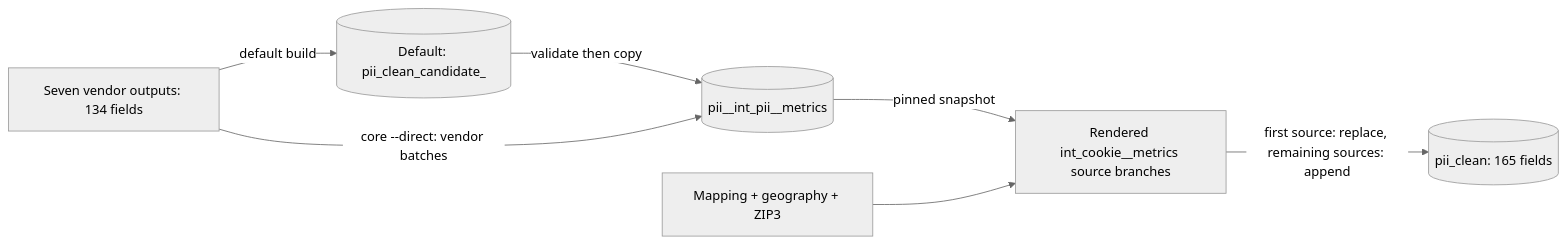
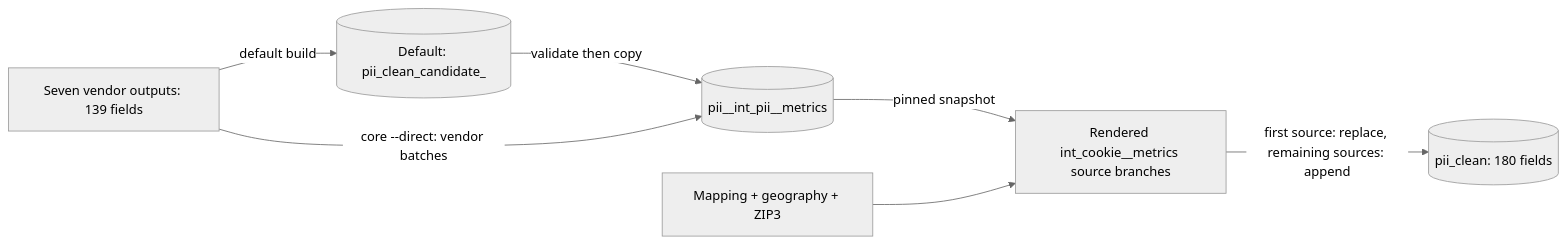
Before and after one commit to pp-jteixeira/nscreen-identity-resolution: the third of 3 diagrams in vendor_quality_measurement/pii_clean/docs/table_dependencies.md, drawn with Mermaid (neutral theme). The commit also changed other lines of this file and 31 other files, not shown here.

````diff
--- a/vendor_quality_measurement/pii_clean/docs/table_dependencies.md
+++ b/vendor_quality_measurement/pii_clean/docs/table_dependencies.md
@@ -136,15 +136,15 @@
 ```mermaid
 flowchart LR
-  vendors["Seven vendor outputs: 134 fields"]
+  vendors["Seven vendor outputs: 139 fields"]
   candidate[("Default: pii_clean_candidate_<id>")]
   core[("pii__int_pii__metrics")]
   cookie["Rendered int_cookie__metrics source branches"]
   feeds["Mapping + geography + ZIP3"]
-  final[("pii_clean: 165 fields")]
+  final[("pii_clean: 180 fields")]
   vendors -->|default build| candidate
   candidate -->|validate then copy| core
   vendors -->|core --direct: vendor batches| core
   core -->|pinned snapshot| cookie
   feeds --> cookie
   cookie -->|first source: replace, remaining sources: append| final
 ```
````
